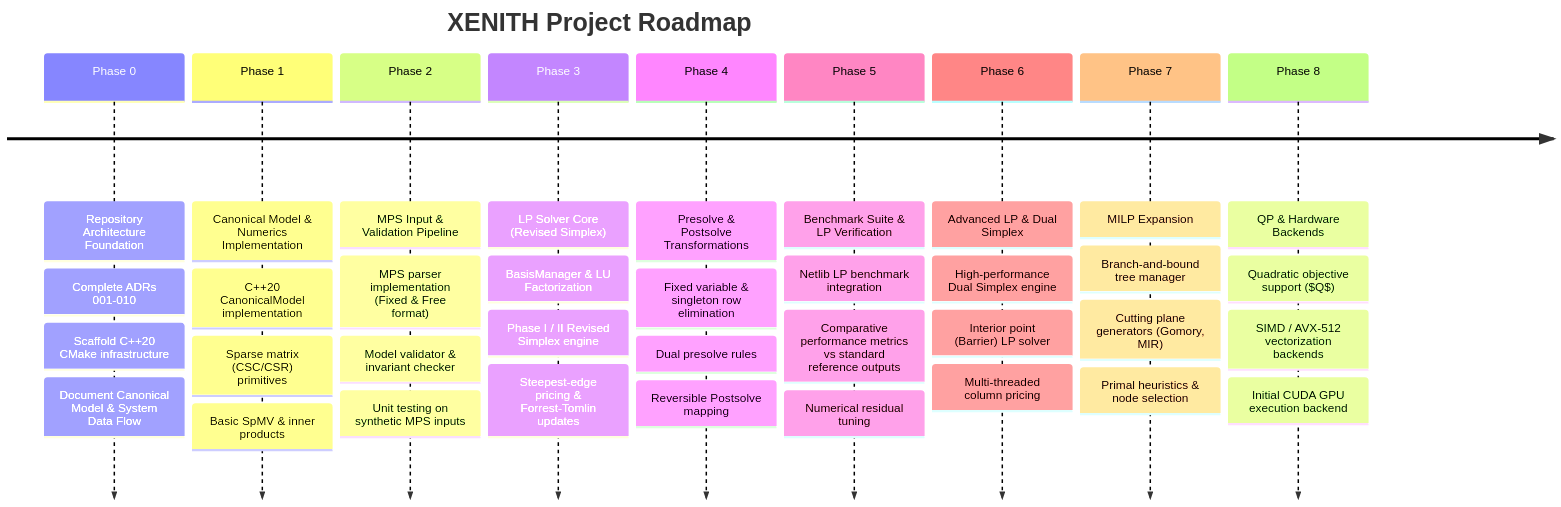
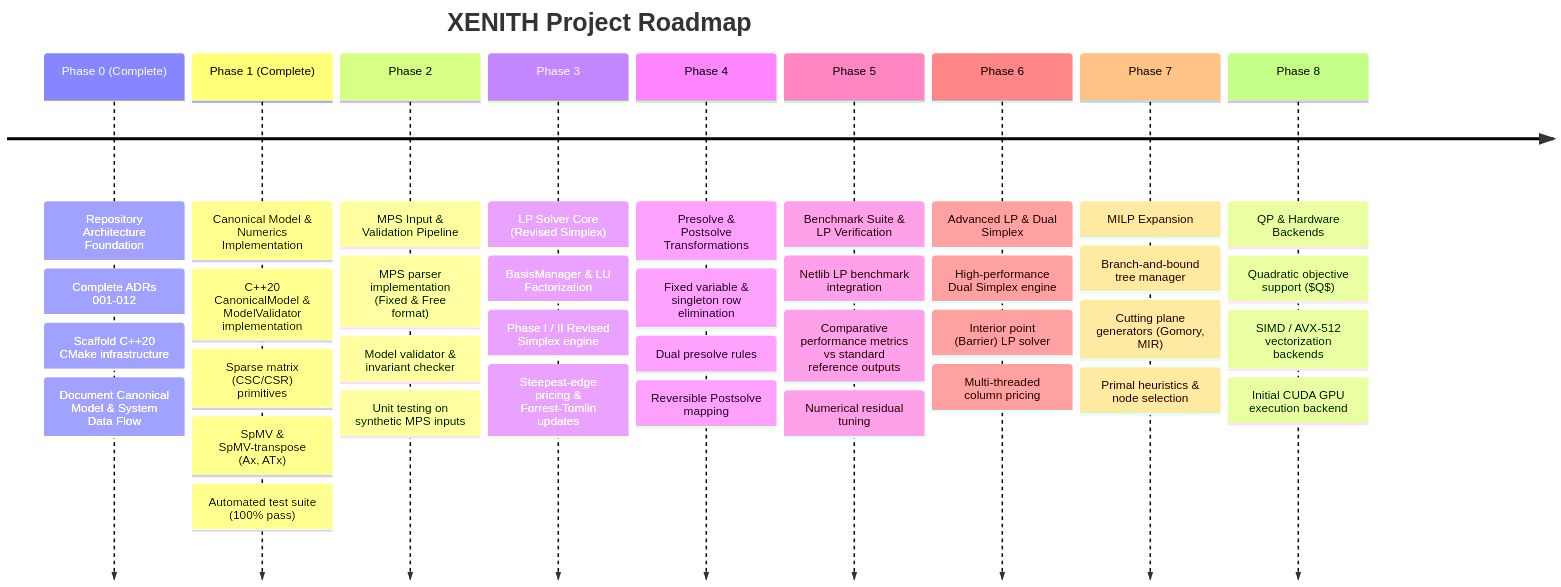
Before and after one commit to Uni-coder-harsh/Xenith: the diagram in docs/roadmap.md, drawn with Mermaid. The commit also changed other lines of this file and 20 other files, not shown here.

First line of the commit message:
feat(phase1): implement CanonicalModel, ModelValidator, SparseMatrix (CSC/CSR), vector primitives, and unit/integration tests

````diff
--- a/docs/roadmap.md
+++ b/docs/roadmap.md
@@ -9,13 +9,13 @@
 ```mermaid
 timeline
     title XENITH Project Roadmap
-    Phase 0 : Repository Architecture Foundation : Complete ADRs 001-010 : Scaffold C++20 CMake infrastructure : Document Canonical Model & System Data Flow
-    Phase 1 : Canonical Model & Numerics Implementation : C++20 CanonicalModel implementation : Sparse matrix (CSC/CSR) primitives : Basic SpMV & inner products
+    Phase 0 (Complete) : Repository Architecture Foundation : Complete ADRs 001-012 : Scaffold C++20 CMake infrastructure : Document Canonical Model & System Data Flow
+    Phase 1 (Complete) : Canonical Model & Numerics Implementation : C++20 CanonicalModel & ModelValidator implementation : Sparse matrix (CSC/CSR) primitives : SpMV & SpMV-transpose (Ax, ATx) : Automated test suite (100% pass)
     Phase 2 : MPS Input & Validation Pipeline : MPS parser implementation (Fixed & Free format) : Model validator & invariant checker : Unit testing on synthetic MPS inputs
     Phase 3 : LP Solver Core (Revised Simplex) : BasisManager & LU Factorization : Phase I / II Revised Simplex engine : Steepest-edge pricing & Forrest-Tomlin updates
     Phase 4 : Presolve & Postsolve Transformations : Fixed variable & singleton row elimination : Dual presolve rules : Reversible Postsolve mapping
     Phase 5 : Benchmark Suite & LP Verification : Netlib LP benchmark integration : Comparative performance metrics vs standard reference outputs : Numerical residual tuning
     Phase 6 : Advanced LP & Dual Simplex : High-performance Dual Simplex engine : Interior point (Barrier) LP solver : Multi-threaded column pricing
     Phase 7 : MILP Expansion : Branch-and-bound tree manager : Cutting plane generators (Gomory, MIR) : Primal heuristics & node selection
     Phase 8 : QP & Hardware Backends : Quadratic objective support ($Q$) : SIMD / AVX-512 vectorization backends : Initial CUDA GPU execution backend
 ```
````
